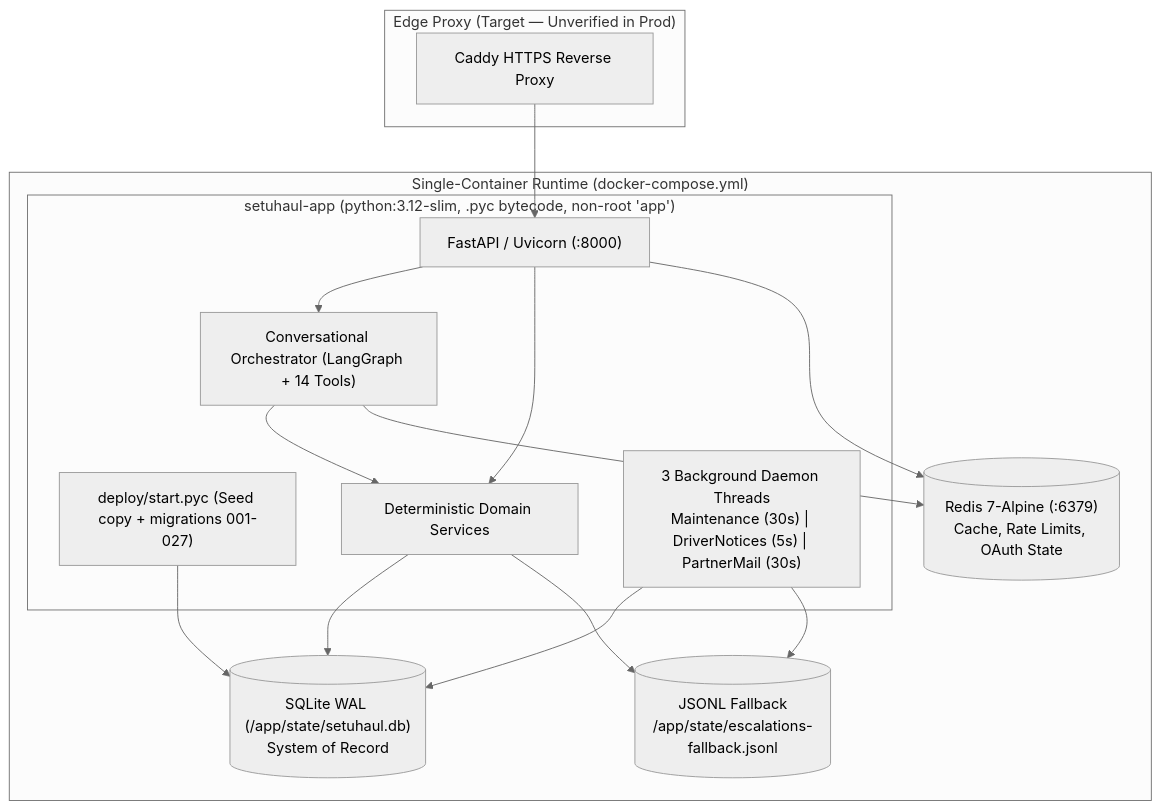
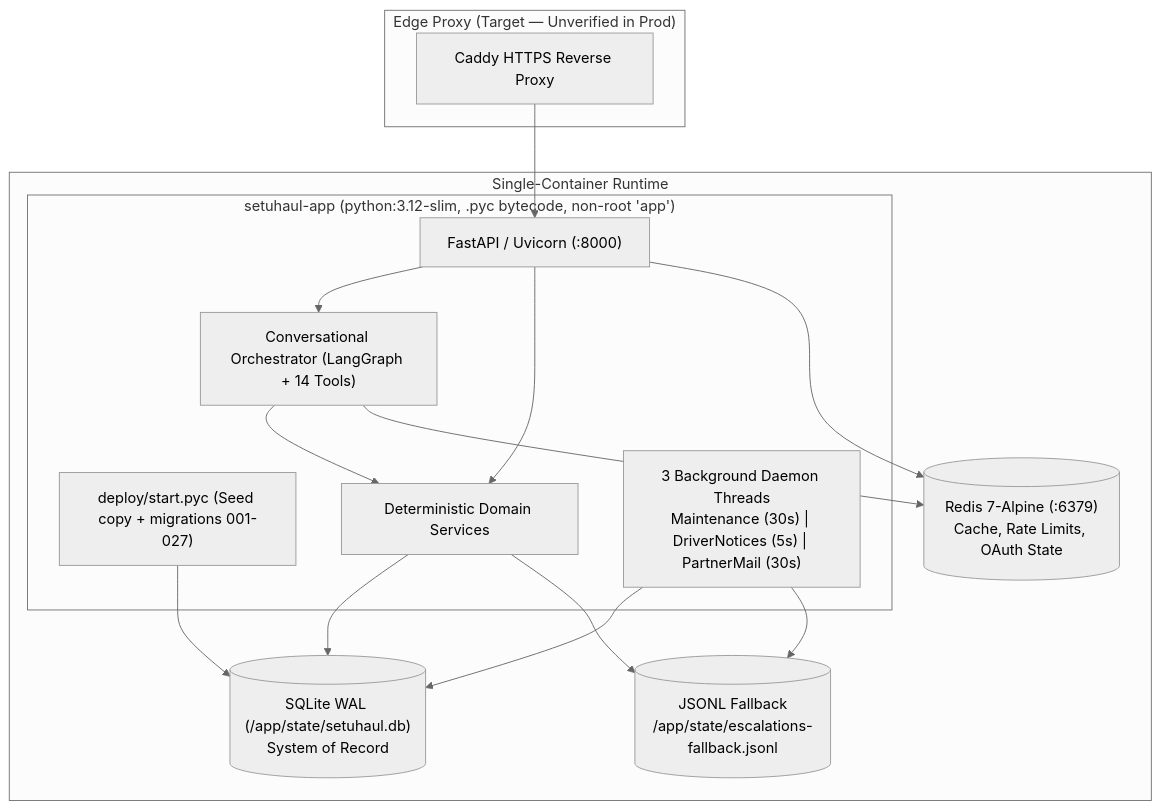
One commit to vijay-inner-compass/SetuHaul_Rescheduling_Service changed the second of 2 diagrams in docs/enterprise/03-architecture/DOC-07-software-architecture-and-hld.md. Above: the diagram before and after it, drawn with Mermaid (neutral theme). The commit also changed other lines of this file and 36 other files, not shown here.

````diff
--- a/docs/enterprise/03-architecture/DOC-07-software-architecture-and-hld.md
+++ b/docs/enterprise/03-architecture/DOC-07-software-architecture-and-hld.md
@@ -66,28 +66,28 @@
 ```mermaid
 flowchart TB
-    subgraph Edge["Edge Proxy (Target — Unverified in Prod)"]
-        Caddy["Caddy HTTPS Reverse Proxy"]
-    end
-    subgraph Host["Single-Container Runtime (docker-compose.yml)"]
-        subgraph App["setuhaul-app (python:3.12-slim, .pyc bytecode, non-root 'app')"]
-            Startup["deploy/start.pyc (Seed copy + migrations 001-027)"]
-            FastAPI["FastAPI / Uvicorn (:8000)"]
-            Orch["Conversational Orchestrator (LangGraph + 14 Tools)"]
-            Domain["Deterministic Domain Services"]
-            Jobs["3 Background Daemon Threads<br/>Maintenance (30s) | DriverNotices (5s) | PartnerMail (30s)"]
-        end
-        SQLite[("SQLite WAL (/app/state/setuhaul.db)<br/>System of Record")]
-        Fallback[("JSONL Fallback<br/>/app/state/escalations-fallback.jsonl")]
-        Redis[("Redis 7-Alpine (:6379)<br/>Cache, Rate Limits, OAuth State")]
-    end
+ subgraph Edge["Edge Proxy (Target — Unverified in Prod)"]
+ Caddy["Caddy HTTPS Reverse Proxy"]
+ end
+ subgraph Host["Single-Container Runtime "]
+ subgraph App["setuhaul-app (python:3.12-slim, .pyc bytecode, non-root 'app')"]
+ Startup["deploy/start.pyc (Seed copy + migrations 001-027)"]
+ FastAPI["FastAPI / Uvicorn (:8000)"]
+ Orch["Conversational Orchestrator (LangGraph + 14 Tools)"]
+ Domain["Deterministic Domain Services"]
+ Jobs["3 Background Daemon Threads<br/>Maintenance (30s) | DriverNotices (5s) | PartnerMail (30s)"]
+ end
+ SQLite[("SQLite WAL (/app/state/setuhaul.db)<br/>System of Record")]
+ Fallback[("JSONL Fallback<br/>/app/state/escalations-fallback.jsonl")]
+ Redis[("Redis 7-Alpine (:6379)<br/>Cache, Rate Limits, OAuth State")]
+ end
 
-    Caddy --> FastAPI
-    Startup --> SQLite
-    FastAPI --> Orch --> Domain --> SQLite
-    FastAPI --> Domain
-    Domain --> Fallback
-    FastAPI --> Redis
-    Orch --> Redis
-    Jobs --> SQLite
-    Jobs --> Fallback
+ Caddy --> FastAPI
+ Startup --> SQLite
+ FastAPI --> Orch --> Domain --> SQLite
+ FastAPI --> Domain
+ Domain --> Fallback
+ FastAPI --> Redis
+ Orch --> Redis
+ Jobs --> SQLite
+ Jobs --> Fallback
 ```
````
